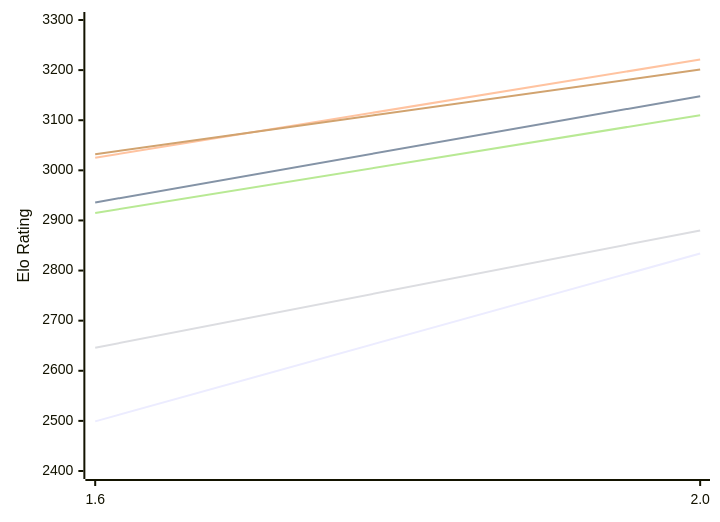
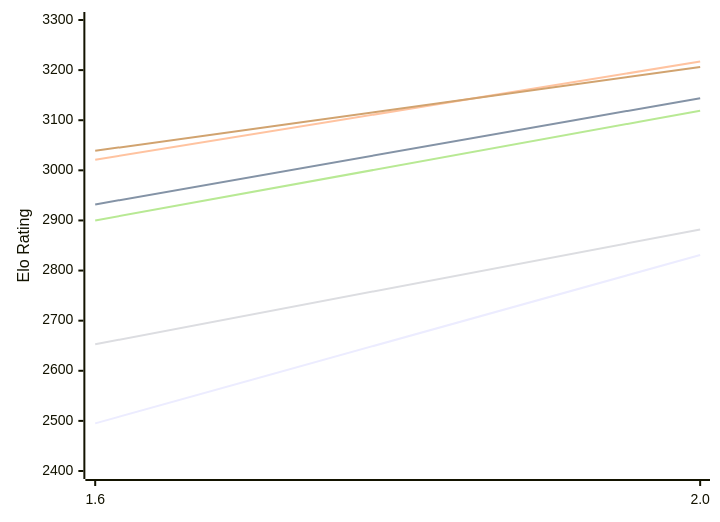
Before and after one commit to computer-chess-index/cci: the first of 2 diagrams in engines/Onyx.md, drawn with Mermaid. The commit also changed other lines of this file, not shown here.

Commit message:
Update CCI Ratings (ELO VLTC) - 2026-11-21

````diff
--- a/engines/Onyx.md
+++ b/engines/Onyx.md
@@ -50,12 +50,12 @@
 ```mermaid
 %%{init: {"theme":"base","themeVariables":{"seriesColors:['#a3a3a3','#222221','#faa371']}}}%%
 xychart-beta
   x-axis ["1.6", "2.0"]
   y-axis "Elo Rating" 2400 --> 3300
-  line "E1: STC (8.0+0.08s)" [2499, 2834]
-  line "E1: LTC (60.0+0.60s)" [2936, 3148]
-  line "E1: VLTC (2m24s+1.12s)" [3025, 3221]
-  line "P1: STC (8.0+0.08s)" [2646, 2880]
-  line "P1: LTC (60.0+0.60s)" [2915, 3110]
-  line "P1: VLTC (2m24s+1.12s)" [3032, 3201]
+  line "E1: STC (8.0+0.08s)" [2495, 2831]
+  line "E1: LTC (60.0+0.60s)" [2932, 3144]
+  line "E1: VLTC (2m24s+1.12s)" [3021, 3217]
+  line "P1: STC (8.0+0.08s)" [2653, 2882]
+  line "P1: LTC (60.0+0.60s)" [2900, 3119]
+  line "P1: VLTC (2m24s+1.12s)" [3039, 3206]
 ```
````
